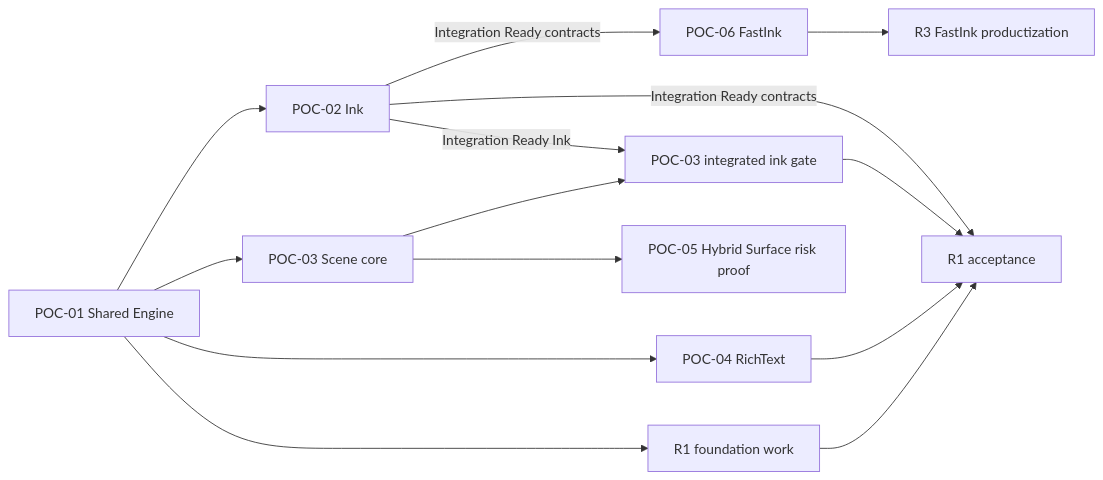
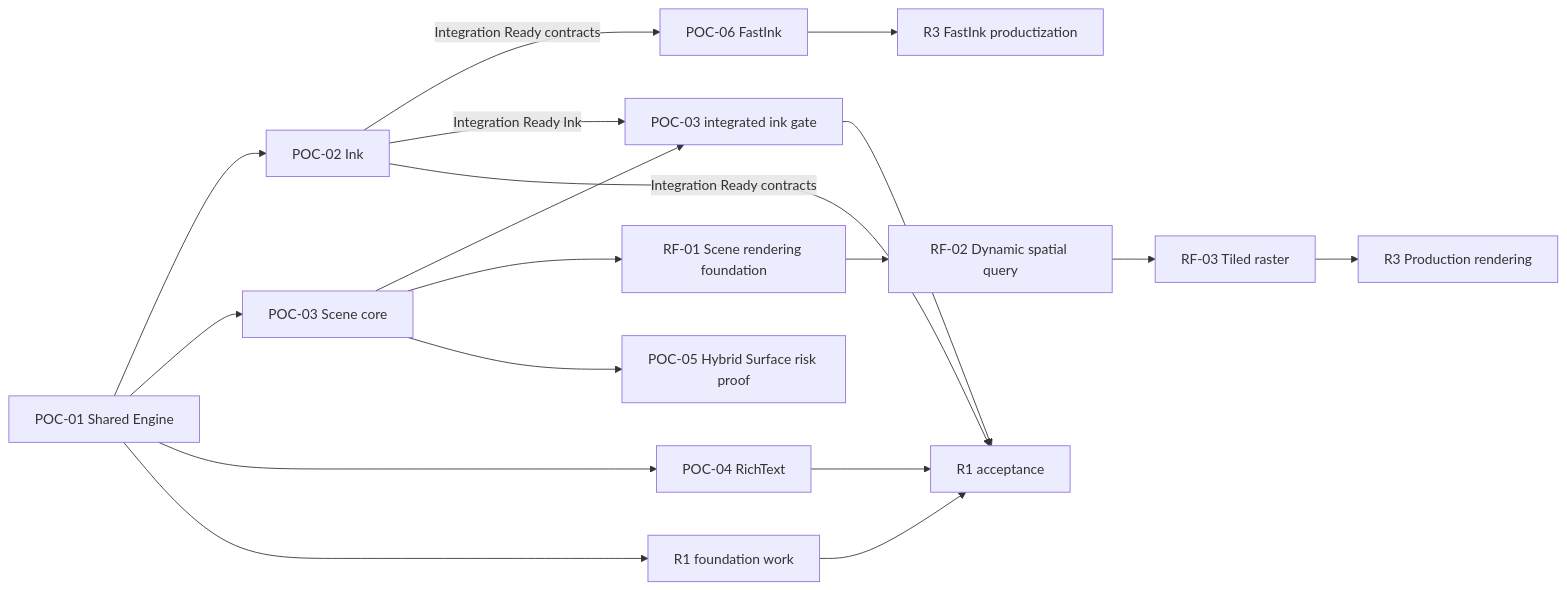
One commit to Mostorm-Labs/Axiom changed the diagram in docs/planning/STAGED_DELIVERY_PLAN.md. Above: the diagram before and after it, drawn with Mermaid. The commit also changed other lines of this file and 19 other files, not shown here.

Commit message:
docs: establish POC-03 and runtime architecture baseline

````diff
--- a/docs/planning/STAGED_DELIVERY_PLAN.md
+++ b/docs/planning/STAGED_DELIVERY_PLAN.md
@@ -7,16 +7,20 @@
 ```mermaid
 flowchart LR
   P1["POC-01 Shared Engine"] --> P2["POC-02 Ink"]
   P1 --> P3["POC-03 Scene core"]
   P1 --> P4["POC-04 RichText"]
   P2 -->|"Integration Ready contracts"| P6["POC-06 FastInk"]
   P2 -->|"Integration Ready Ink"| P3Gate["POC-03 integrated ink gate"]
   P3 --> P3Gate
+  P3 --> RF1["RF-01 Scene rendering foundation"]
+  RF1 --> RF2["RF-02 Dynamic spatial query"]
+  RF2 --> RF3["RF-03 Tiled raster"]
+  RF3 --> R3["R3 Production rendering"]
   P3 --> P5["POC-05 Hybrid Surface risk proof"]
   P1 --> R1["R1 foundation work"]
   P2 -->|"Integration Ready contracts"| R1Accept["R1 acceptance"]
   P3Gate --> R1Accept
   P4 --> R1Accept
   R1 --> R1Accept
   P6 --> R3Fast["R3 FastInk productization"]
 ```
````
